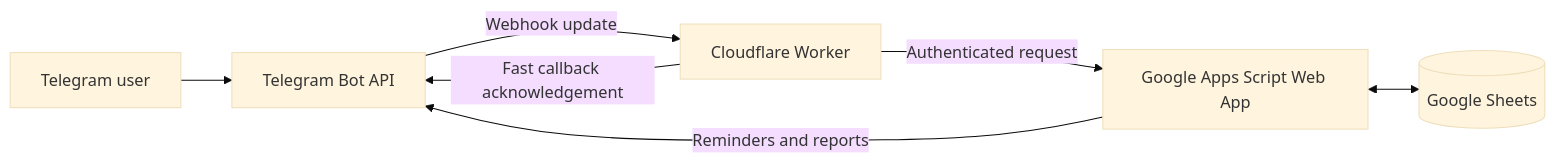
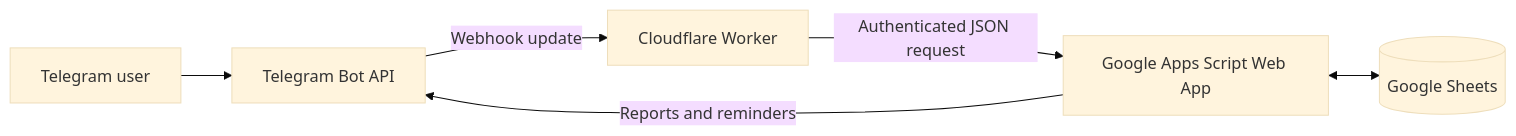
The diagram in README.md (Pouya-Mansournia/PulseTask), drawn with Mermaid (base theme) before and after one commit. The commit also changed other lines of this file and 1 other file, not shown here.

````diff
--- a/README.md
+++ b/README.md
@@ -34,9 +28,8 @@
 ```mermaid
 flowchart LR
     U[Telegram user] --> T[Telegram Bot API]
     T -->|Webhook update| W[Cloudflare Worker]
-    W -->|Fast callback acknowledgement| T
-    W -->|Authenticated request| A[Google Apps Script Web App]
+    W -->|Authenticated JSON request| A[Google Apps Script Web App]
     A <--> S[(Google Sheets)]
-    A -->|Reminders and reports| T
+    A -->|Reports and reminders| T
 ```
````
